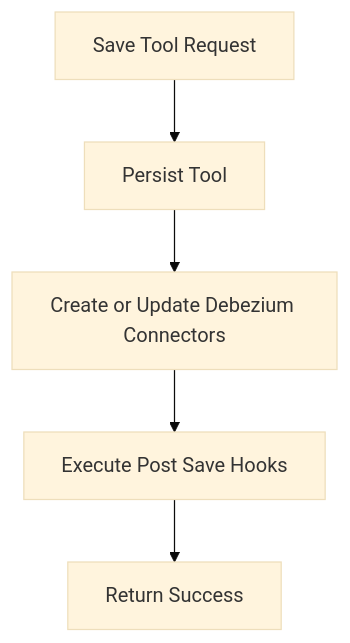
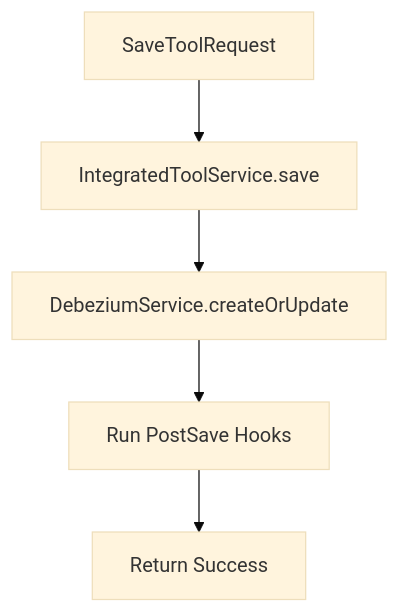
One commit to flamingo-stack/openframe-oss-lib changed the fifth of 6 diagrams in docs/reference/architecture/management-service-core/management-service-core.md. Above: the diagram before and after it, drawn with Mermaid (base theme). The commit also changed other lines of this file and 172 other files, not shown here.

````diff
--- a/docs/reference/architecture/management-service-core/management-service-core.md
+++ b/docs/reference/architecture/management-service-core/management-service-core.md
@@ -267,7 +275,7 @@
 ```mermaid
 flowchart TD
-    Request["Save Tool Request"] --> SaveMongo["Persist Tool"]
-    SaveMongo --> DebeziumUpdate["Create or Update Debezium Connectors"]
-    DebeziumUpdate --> Hooks["Execute Post Save Hooks"]
+    Request["SaveToolRequest"] --> Save["IntegratedToolService.save"]
+    Save --> CreateDebezium["DebeziumService.createOrUpdate"]
+    CreateDebezium --> Hooks["Run PostSave Hooks"]
     Hooks --> Response["Return Success"]
 ```
````
